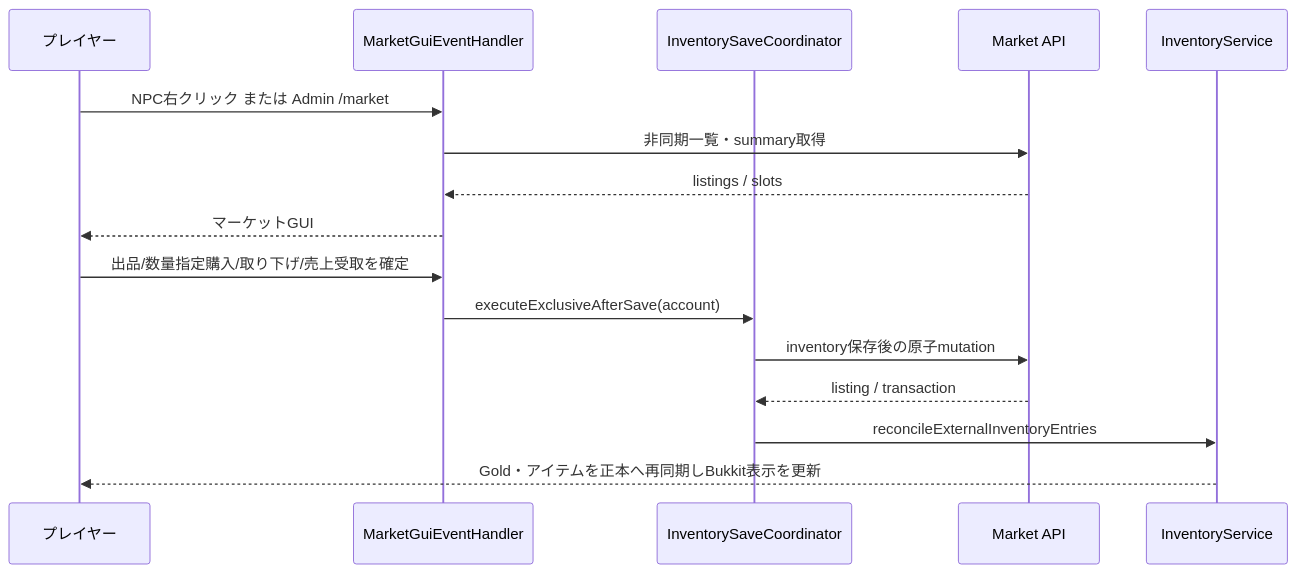
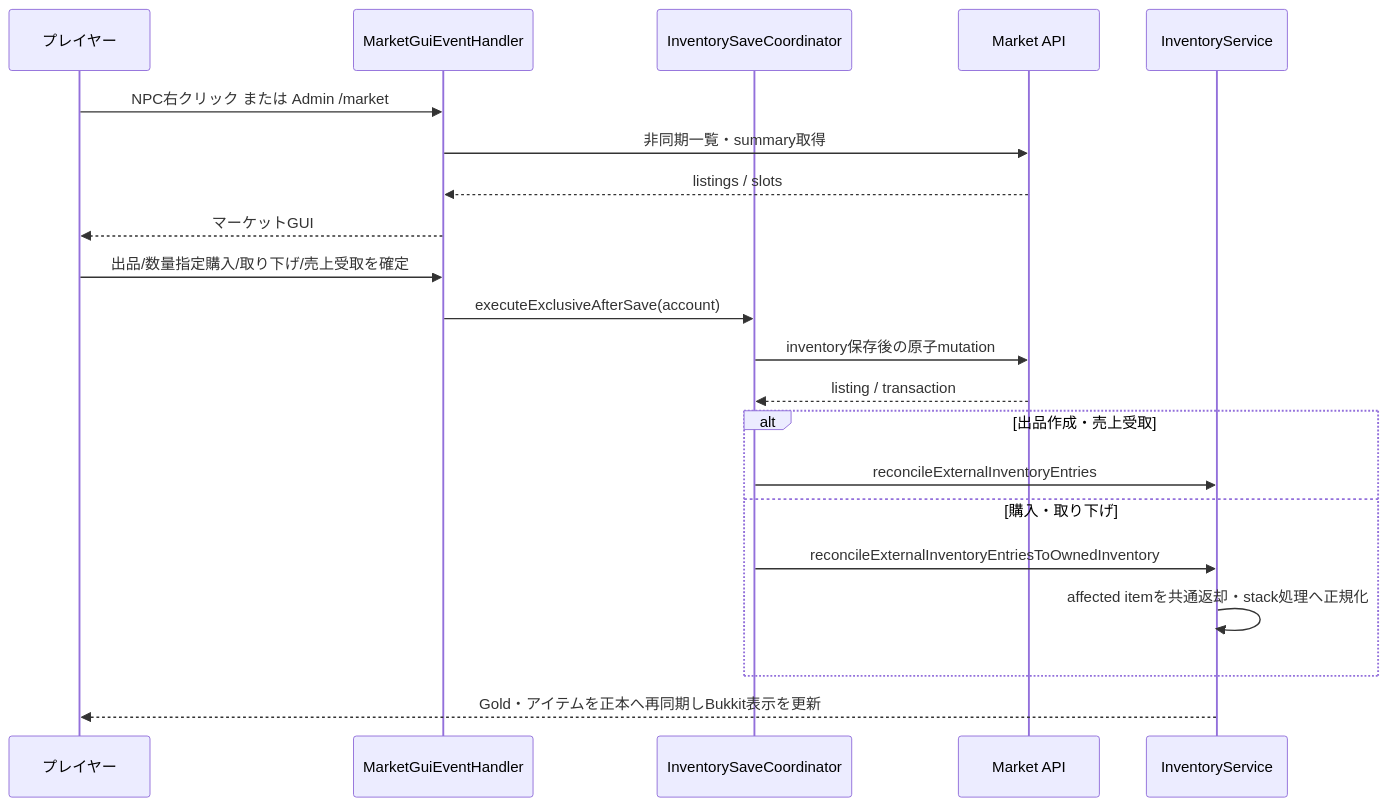
One commit to maaasu/AstralRecord-Workspace changed the fifth of 5 diagrams in 00_docs/10_Plugin設計書/feature/23-market/23_4-統合フロー.md. Above: the diagram before and after it, drawn with Mermaid. The commit also changed other lines of this file and 6 other files, not shown here.

````diff
--- a/00_docs/10_Plugin設計書/feature/23-market/23_4-統合フロー.md
+++ b/00_docs/10_Plugin設計書/feature/23-market/23_4-統合フロー.md
@@ -122,18 +122,23 @@
 ```mermaid
 sequenceDiagram
     participant Player as プレイヤー
     participant GUI as MarketGuiEventHandler
     participant Save as InventorySaveCoordinator
     participant API as Market API
     participant Inv as InventoryService
     Player->>GUI: NPC右クリック または Admin /market
     GUI->>API: 非同期一覧・summary取得
     API-->>GUI: listings / slots
     GUI-->>Player: マーケットGUI
     Player->>GUI: 出品/数量指定購入/取り下げ/売上受取を確定
     GUI->>Save: executeExclusiveAfterSave(account)
     Save->>API: inventory保存後の原子mutation
     API-->>Save: listing / transaction
-    Save->>Inv: reconcileExternalInventoryEntries
+    alt 出品作成・売上受取
+        Save->>Inv: reconcileExternalInventoryEntries
+    else 購入・取り下げ
+        Save->>Inv: reconcileExternalInventoryEntriesToOwnedInventory
+        Inv->>Inv: affected itemを共通返却・stack処理へ正規化
+    end
     Inv-->>Player: Gold・アイテムを正本へ再同期しBukkit表示を更新
 ```
````
